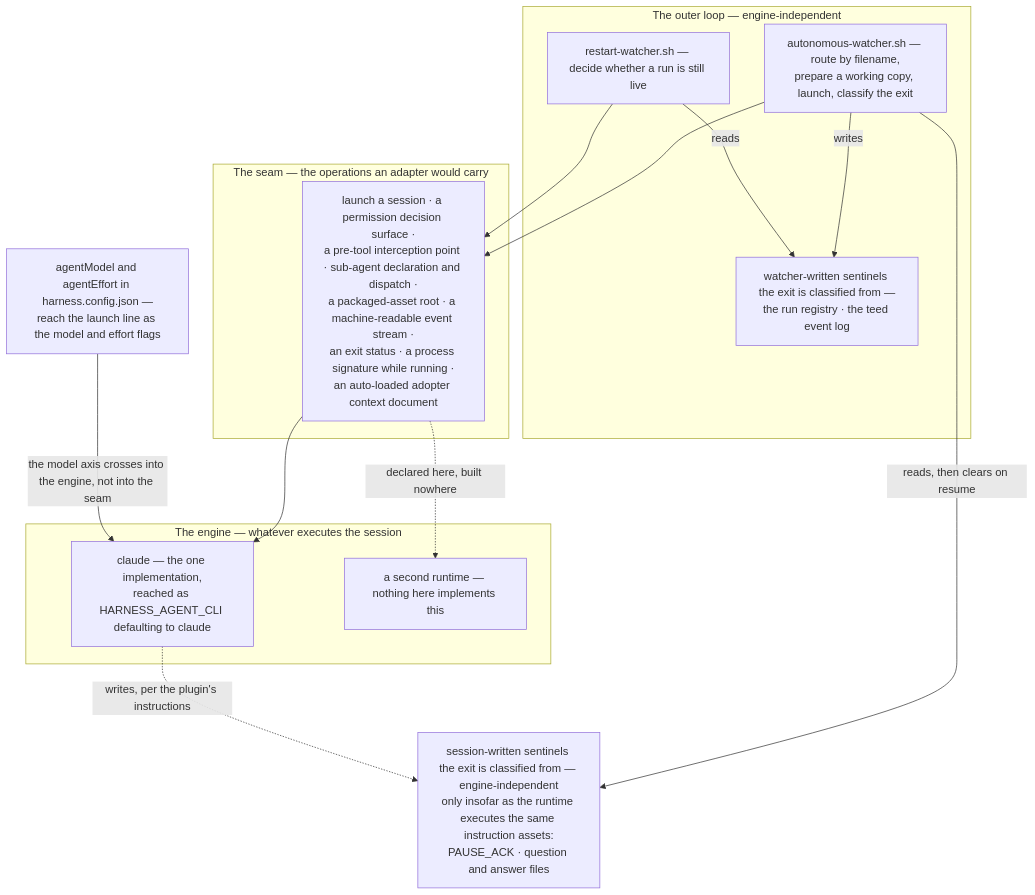
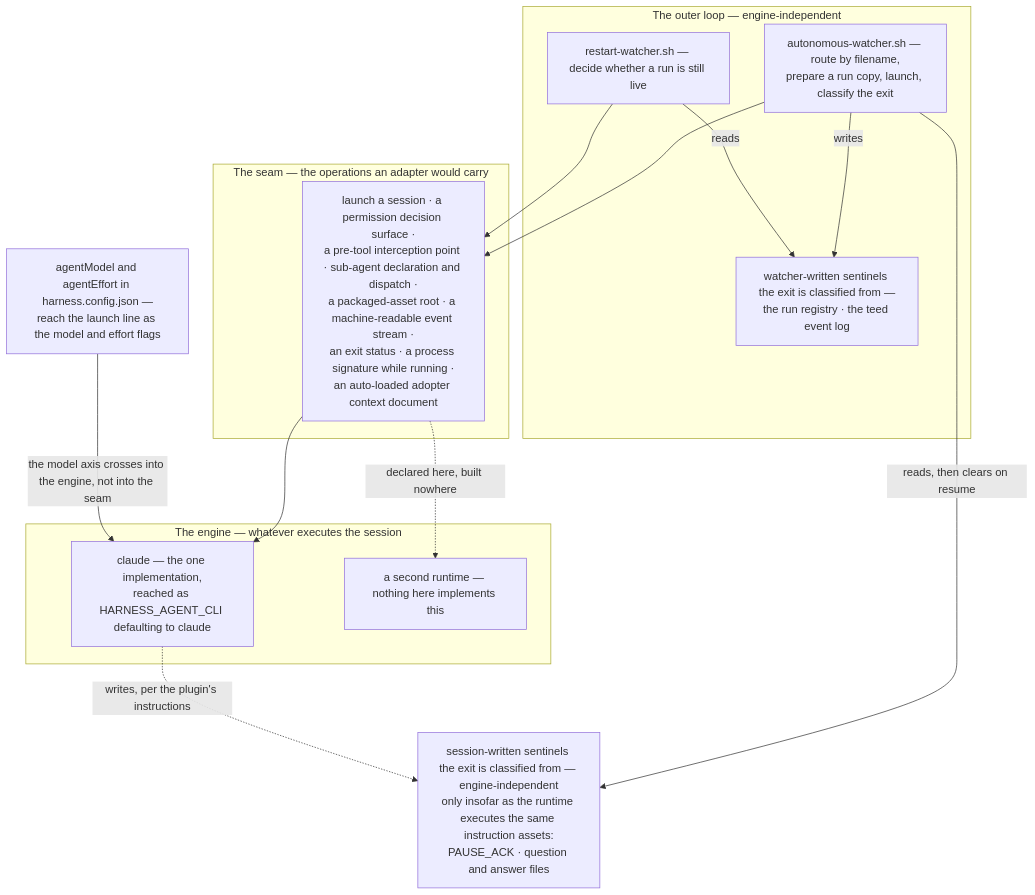
One commit to firu-daniel/autonomous-sdlc-harness changed the diagram in ARCHITECTURE.md. Above: the diagram before and after it, drawn with Mermaid. The commit also changed other lines of this file and 520 other files, not shown here.

````diff
--- a/ARCHITECTURE.md
+++ b/ARCHITECTURE.md
@@ -128,25 +128,25 @@
 ```mermaid
 flowchart TB
   subgraph outer["The outer loop — engine-independent"]
-    W["autonomous-watcher.sh — route by filename,<br/>prepare a working copy, launch, classify the exit"]
+    W["autonomous-watcher.sh — route by filename,<br/>prepare a run copy, launch, classify the exit"]
     R["restart-watcher.sh — decide whether a run is still live"]
     A["watcher-written sentinels the exit is classified from —<br/>the run registry · the teed event log"]
   end
   P["session-written sentinels the exit is classified from — engine-independent<br/>only insofar as the runtime executes the same instruction assets:<br/>PAUSE_ACK · question and answer files"]
   subgraph seam["The seam — the operations an adapter would carry"]
     S["launch a session · a permission decision surface ·<br/>a pre-tool interception point · sub-agent declaration and dispatch ·<br/>a packaged-asset root · a machine-readable event stream ·<br/>an exit status · a process signature while running ·<br/>an auto-loaded adopter context document"]
   end
   subgraph engines["The engine — whatever executes the session"]
     E1["claude — the one implementation,<br/>reached as HARNESS_AGENT_CLI defaulting to claude"]
     E2["a second runtime — nothing here implements this"]
   end
   W -->|"writes"| A
   R -->|reads| A
   W -->|"reads, then clears on resume"| P
   W --> S
   R --> S
   S --> E1
   E1 -.->|"writes, per the plugin's instructions"| P
   S -.->|"declared here, built nowhere"| E2
   M["agentModel and agentEffort in harness.config.json —<br/>reach the launch line as the model and effort flags"] -->|"the model axis crosses into the engine, not into the seam"| E1
 ```
````
